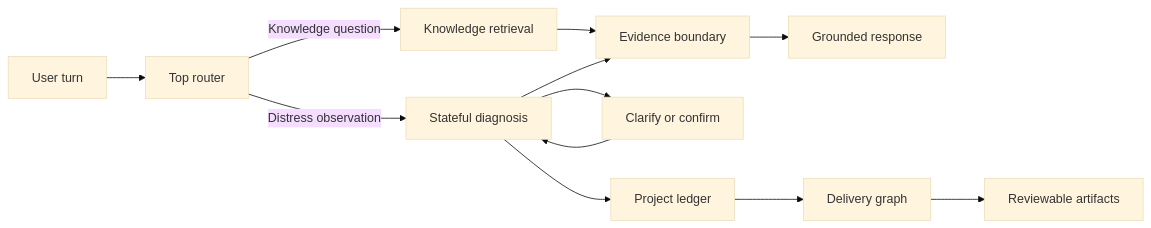
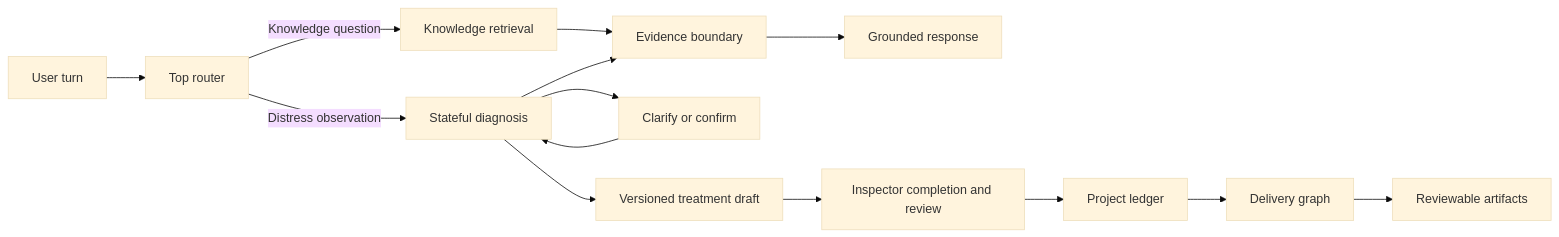
Before and after one commit to Iriss0904/road-distress-agent: the first of 2 diagrams in README.md, drawn with Mermaid (base theme). The commit also changed other lines of this file, not shown here.

Commit message:
docs(readme): explain role-aware treatment handoff

````diff
--- a/README.md
+++ b/README.md
@@ -48,14 +48,15 @@
 ```mermaid
 flowchart LR
     U[User turn] --> R[Top router]
     R -->|Knowledge question| K[Knowledge retrieval]
     R -->|Distress observation| D[Stateful diagnosis]
     K --> E[Evidence boundary]
     D --> H[Clarify or confirm]
     H --> D
     D --> E
     E --> A[Grounded response]
-    D --> P[Project ledger]
+    D --> T[Versioned treatment draft]
+    T --> V[Inspector completion and review] --> P[Project ledger]
     P --> G[Delivery graph]
     G --> O[Reviewable artifacts]
 ```
````
